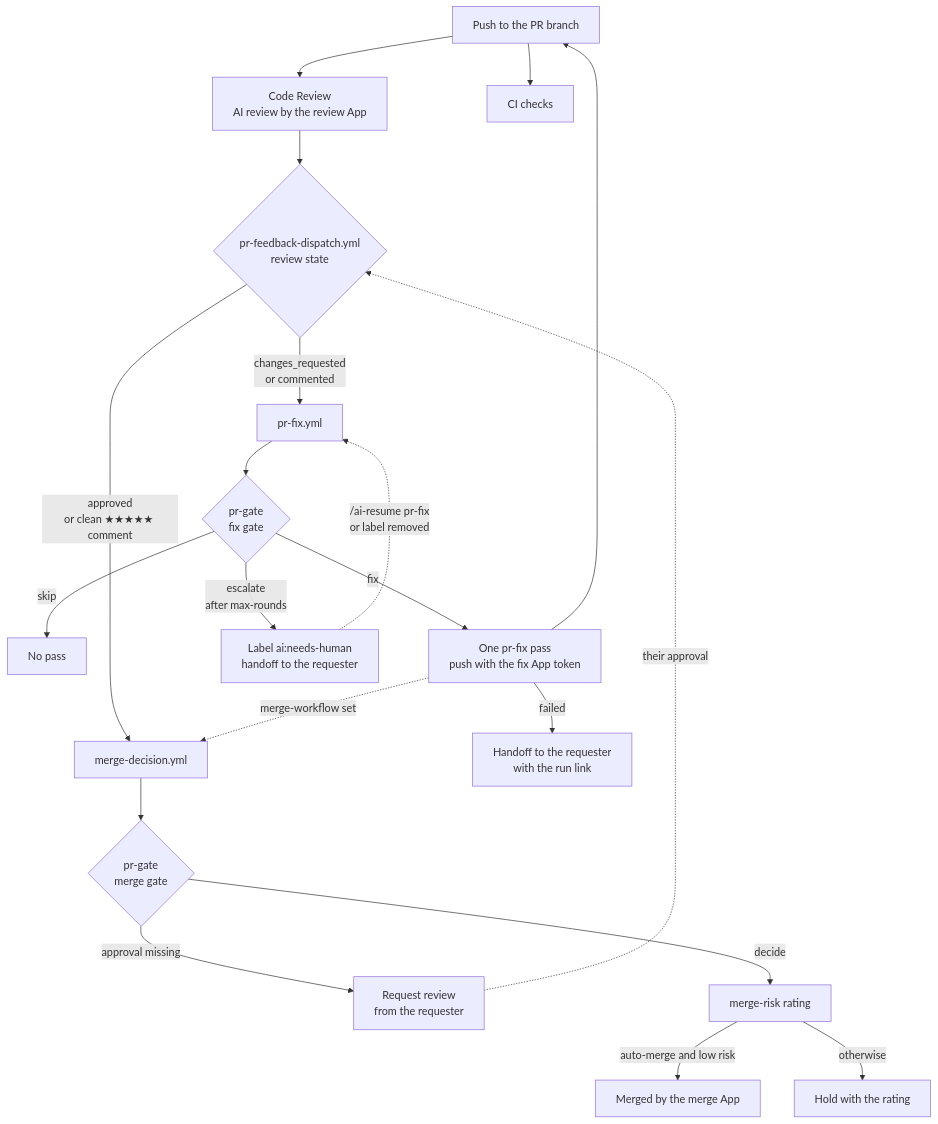
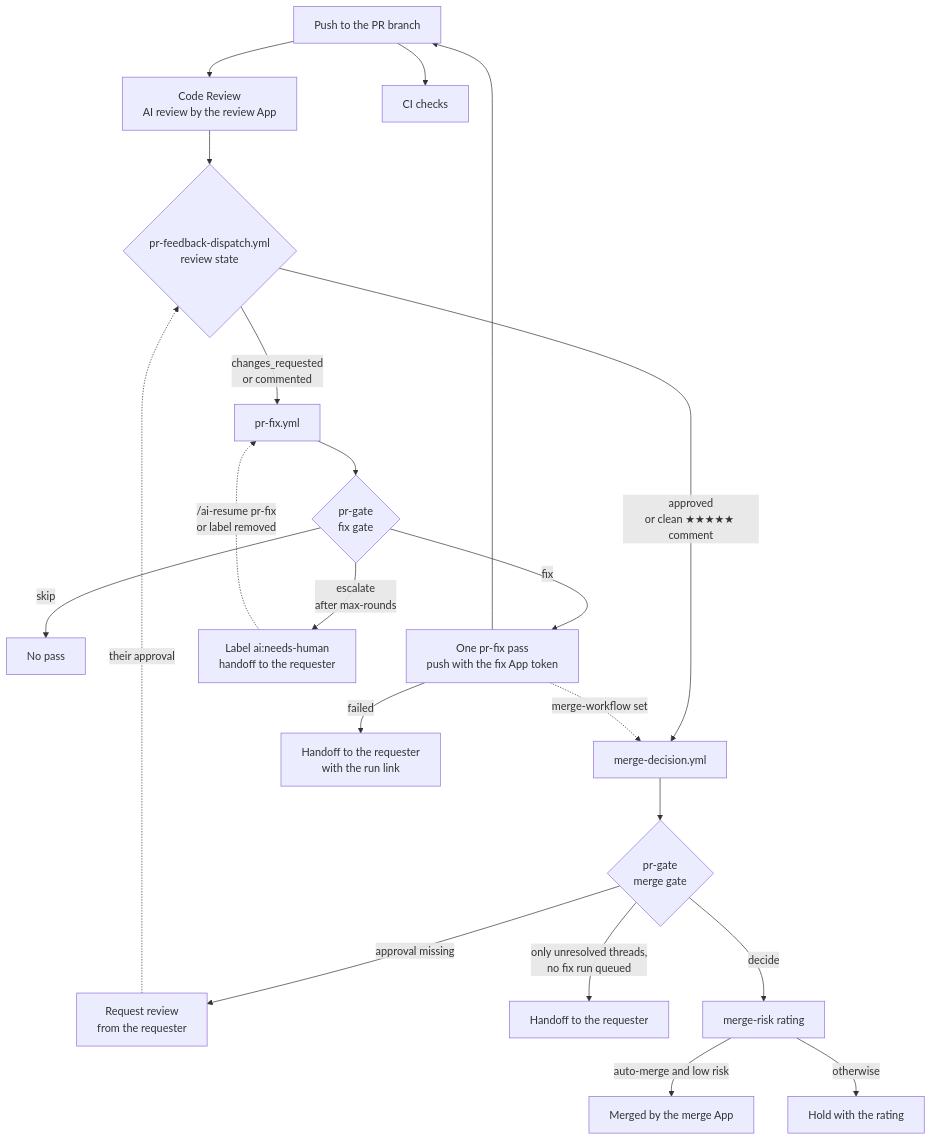
One commit to fbrissi/github-actions changed the second of 9 diagrams in README.md. Above: the diagram before and after it, drawn with Mermaid. The commit also changed other lines of this file and 11 other files, not shown here.

````diff
--- a/README.md
+++ b/README.md
@@ -215,22 +216,23 @@
 ```mermaid
 flowchart TD
   push["Push to the PR branch"] --> cr["Code Review<br/>AI review by the review App"]
   push --> ci["CI checks"]
   cr --> disp{"pr-feedback-dispatch.yml<br/>review state"}
   disp -- "changes_requested<br/>or commented" --> fix["pr-fix.yml"]
   disp -- "approved<br/>or clean ★★★★★ comment" --> merge["merge-decision.yml"]
   fix --> fgate{"pr-gate<br/>fix gate"}
   fgate -- "skip" --> idle["No pass"]
   fgate -- "fix" --> pass["One pr-fix pass<br/>push with the fix App token"]
   pass --> push
   pass -. "merge-workflow set" .-> merge
   pass -- "failed" --> failed["Handoff to the requester<br/>with the run link"]
   fgate -- "escalate<br/>after max-rounds" --> esc["Label ai:needs-human<br/>handoff to the requester"]
   esc -. "/ai-resume pr-fix<br/>or label removed" .-> fix
   merge --> mgate{"pr-gate<br/>merge gate"}
   mgate -- "approval missing" --> ask["Request review<br/>from the requester"]
+  mgate -- "only unresolved threads,<br/>no fix run queued" --> threads["Handoff to the requester"]
   ask -. "their approval" .-> disp
   mgate -- "decide" --> risk["merge-risk rating"]
   risk -- "auto-merge and low risk" --> merged["Merged by the merge App"]
   risk -- "otherwise" --> hold["Hold with the rating"]
 ```
````
